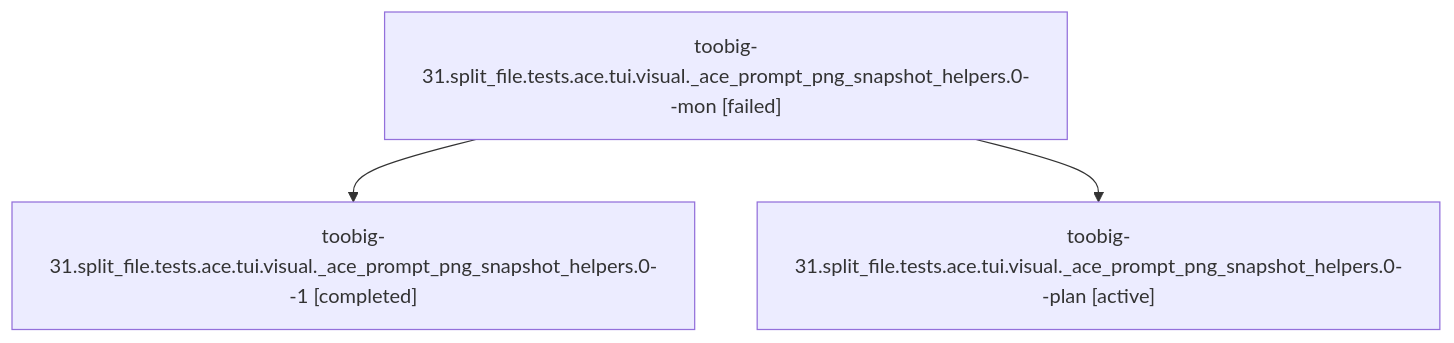
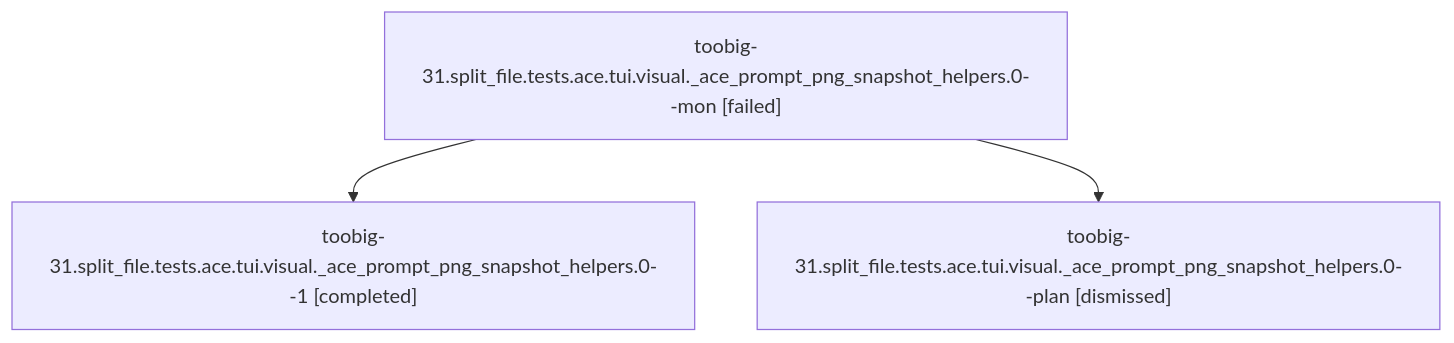
One commit to sase-org/sase--agents changed the diagram in sessions/bbugyi200.athena.toobig-31.split_file.tests.ace.tui.visual._ace_prompt_png_snapshot_helpers.0.md. Above: the diagram before and after it, drawn with Mermaid. The commit also changed other lines of this file and 56 other files, not shown here.

````diff
--- a/sessions/bbugyi200.athena.toobig-31.split_file.tests.ace.tui.visual._ace_prompt_png_snapshot_helpers.0.md
+++ b/sessions/bbugyi200.athena.toobig-31.split_file.tests.ace.tui.visual._ace_prompt_png_snapshot_helpers.0.md
@@ -9,8 +9,8 @@
 ```mermaid
 flowchart TD
   n0["toobig-31.split_file.tests.ace.tui.visual._ace_prompt_png_snapshot_helpers.0--mon [failed]"]
   n1["toobig-31.split_file.tests.ace.tui.visual._ace_prompt_png_snapshot_helpers.0--1 [completed]"]
   n0 --> n1
-  n2["toobig-31.split_file.tests.ace.tui.visual._ace_prompt_png_snapshot_helpers.0--plan [active]"]
+  n2["toobig-31.split_file.tests.ace.tui.visual._ace_prompt_png_snapshot_helpers.0--plan [dismissed]"]
   n0 --> n2
 ```
````
